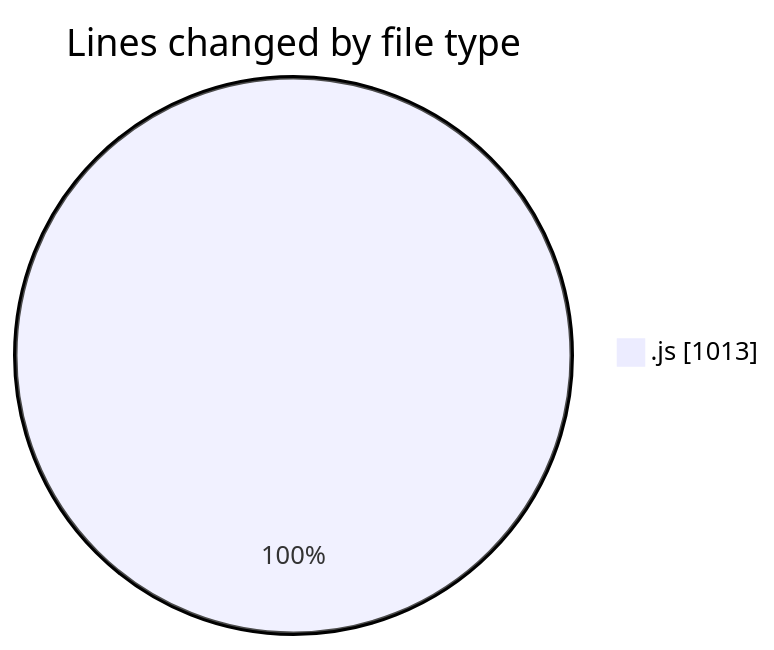
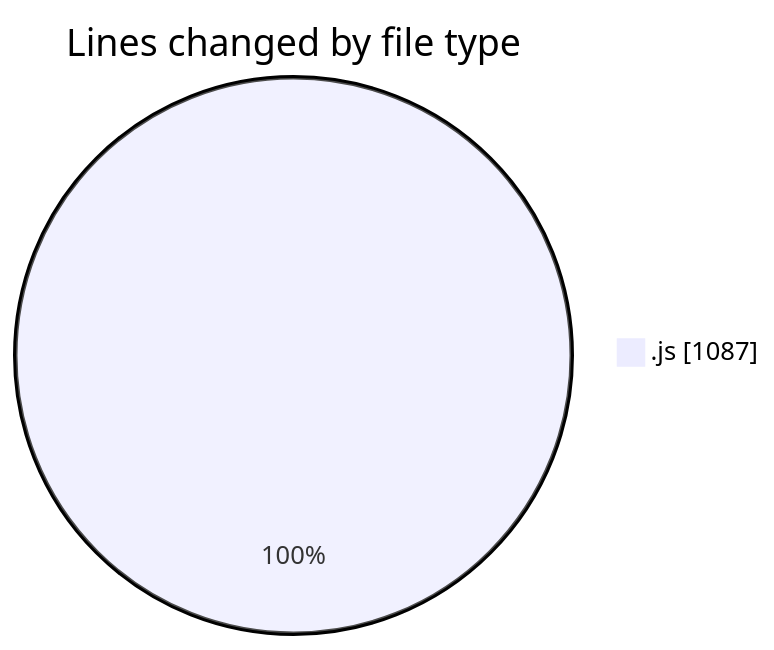
Before and after one commit to BS-eng2023/code-tracking: the first of 2 diagrams in 2025-03-31/jsvms/README.md, drawn with Mermaid. The commit also changed other lines of this file and 1 other file, not shown here.

````diff
--- a/2025-03-31/jsvms/README.md
+++ b/2025-03-31/jsvms/README.md
@@ -31,5 +32,5 @@
 ```mermaid
 pie showData
 title Lines changed by file type
-".js" : 1013
+".js" : 1087
 ```
````
